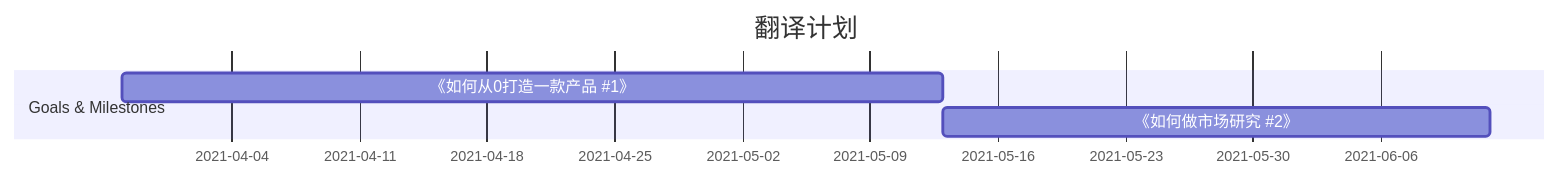
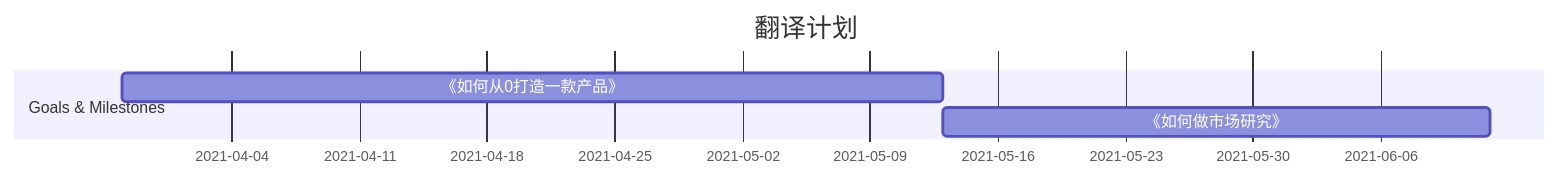
Before and after one commit to goooooouwa/writings: the diagram in _posts/side project/2021-03-29-writing-plan.md, drawn with Mermaid. The commit also changed other lines of this file, not shown here.

```diff
--- a/_posts/side project/2021-03-29-writing-plan.md
+++ b/_posts/side project/2021-03-29-writing-plan.md
@@ -12,9 +12,9 @@
 <div class="mermaid">
     gantt
     title 翻译计划
     dateFormat  YYYY-MM-DD
 
     section Goals & Milestones
-    《如何从0打造一款产品 #1》 :2021-03-29, 45d
-    《如何做市场研究 #2》 :30d
+    《如何从0打造一款产品》 :2021-03-29, 45d
+    《如何做市场研究》 :30d
 </div>
```
